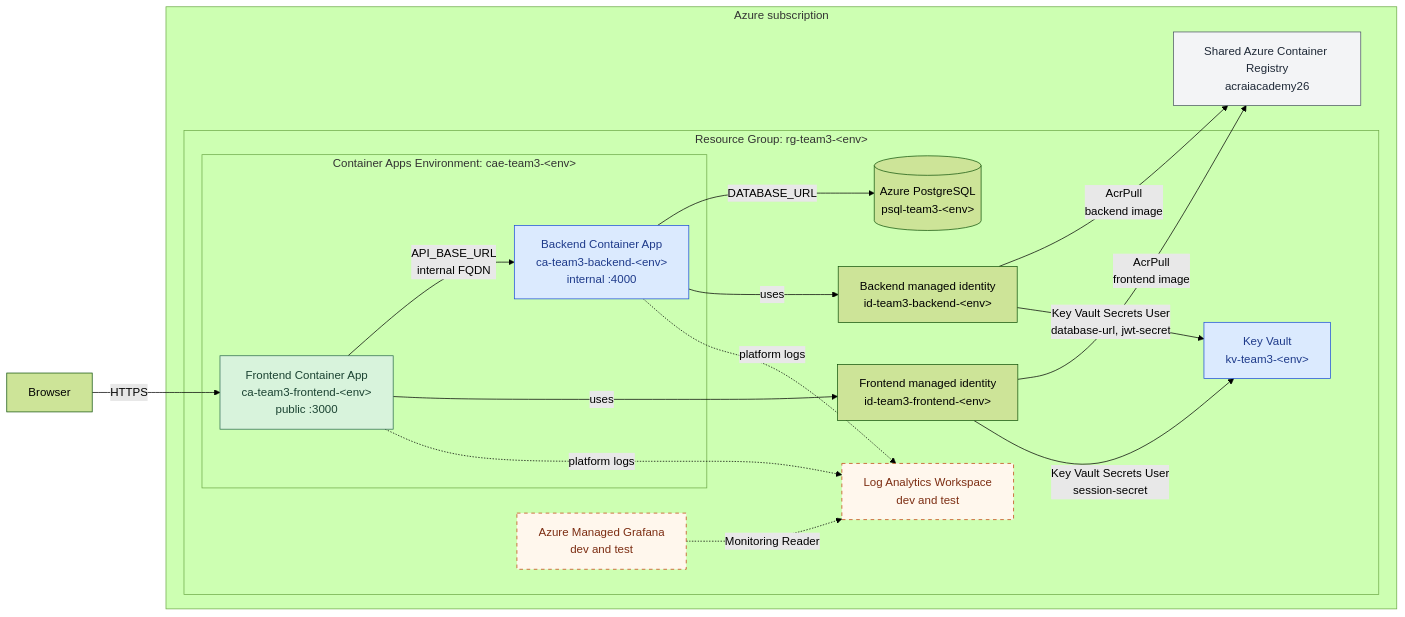
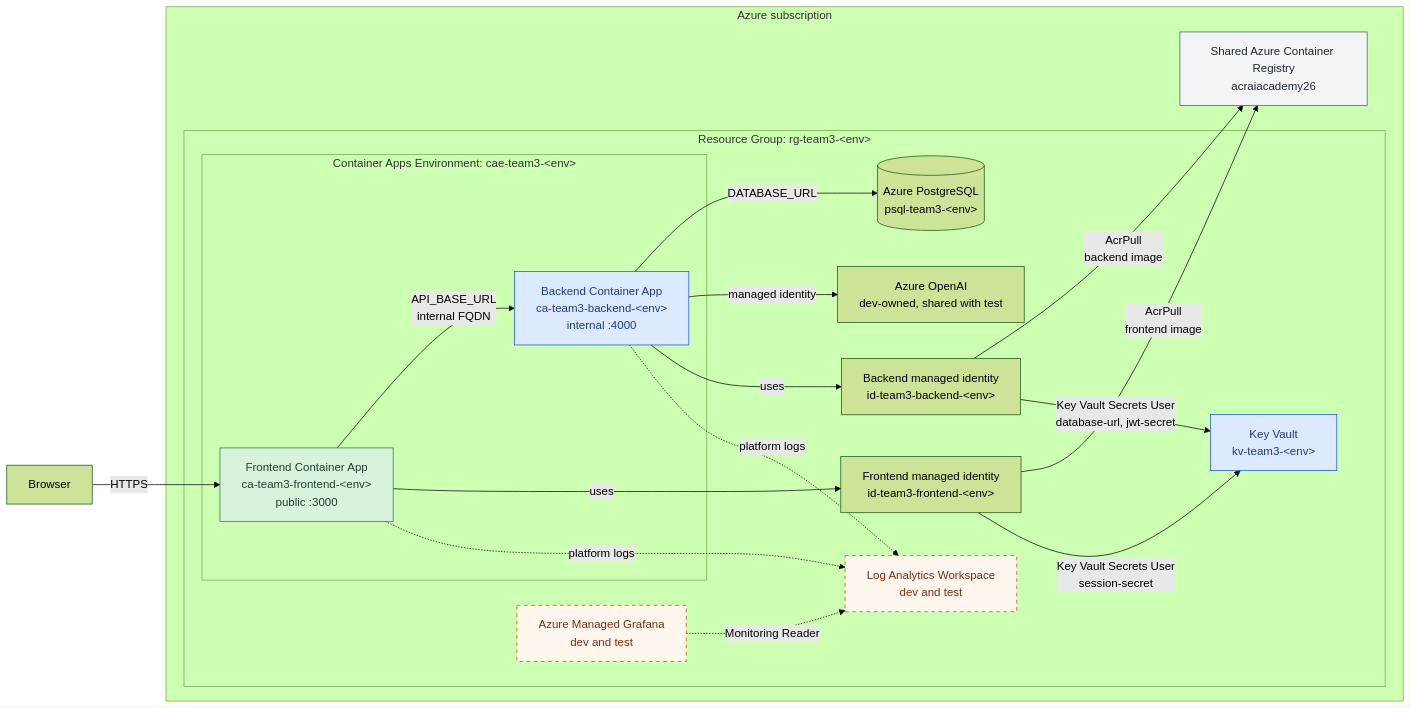
One commit to kainos-birmingham-academy-2026/team3-backend changed the diagram in infrastructure/README.md. Above: the diagram before and after it, drawn with Mermaid (forest theme). The commit also changed other lines of this file and 1 other file, not shown here.

````diff
--- a/infrastructure/README.md
+++ b/infrastructure/README.md
@@ -26,47 +26,49 @@
 ```mermaid
 flowchart LR
 	user[Browser]
 
 	subgraph azure[Azure subscription]
 		acr["Shared Azure Container Registry<br/>acraiacademy26"]
 
 		subgraph rg["Resource Group: rg-team3-&lt;env&gt;"]
 			vault["Key Vault<br/>kv-team3-&lt;env&gt;"]
 			postgres[("Azure PostgreSQL<br/>psql-team3-&lt;env&gt;")]
+			openai["Azure OpenAI<br/>dev-owned, shared with test"]
 
 			subgraph cae["Container Apps Environment: cae-team3-&lt;env&gt;"]
 				frontend["Frontend Container App<br/>ca-team3-frontend-&lt;env&gt;<br/>public :3000"]
 				backend["Backend Container App<br/>ca-team3-backend-&lt;env&gt;<br/>internal :4000"]
 			end
 
 			frontendIdentity["Frontend managed identity<br/>id-team3-frontend-&lt;env&gt;"]
 			backendIdentity["Backend managed identity<br/>id-team3-backend-&lt;env&gt;"]
 			logs["Log Analytics Workspace<br/>dev and test"]
 			grafana["Azure Managed Grafana<br/>dev and test"]
 		end
 	end
 
 	user -->|HTTPS| frontend
 	frontend -->|"API_BASE_URL<br/>internal FQDN"| backend
 	backend -->|DATABASE_URL| postgres
+	backend -->|managed identity| openai
 
 	frontend -->|uses| frontendIdentity
 	backend -->|uses| backendIdentity
 	frontendIdentity -->|"AcrPull<br/>frontend image"| acr
 	backendIdentity -->|"AcrPull<br/>backend image"| acr
 	frontendIdentity -->|"Key Vault Secrets User<br/>session-secret"| vault
 	backendIdentity -->|"Key Vault Secrets User<br/>database-url, jwt-secret"| vault
 
 	frontend -. platform logs .-> logs
 	backend -. platform logs .-> logs
 	grafana -. Monitoring Reader .-> logs
 
 	classDef public fill:#d8f3dc,stroke:#2d6a4f,color:#1b4332
 	classDef private fill:#dbeafe,stroke:#1d4ed8,color:#1e3a8a
 	classDef external fill:#f3f4f6,stroke:#4b5563,color:#1f2937
 	classDef monitored fill:#fff7ed,stroke:#c2410c,stroke-dasharray:5 5,color:#7c2d12
 	class frontend public
 	class backend,vault private
 	class acr external
 	class logs,grafana monitored
 ```
````
